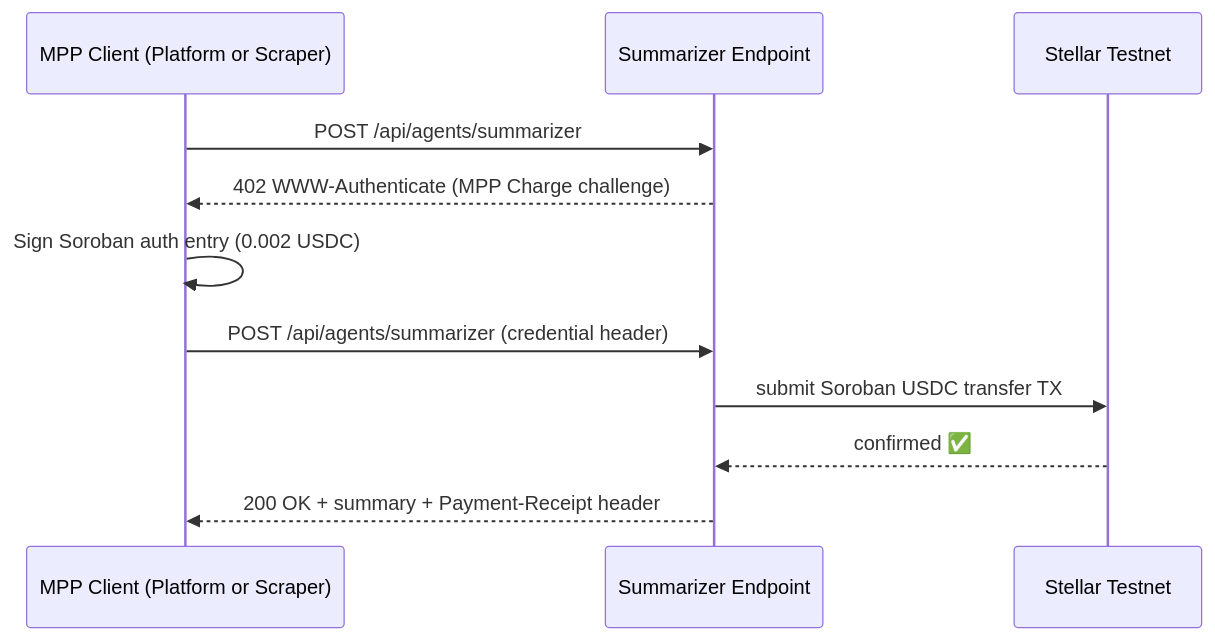
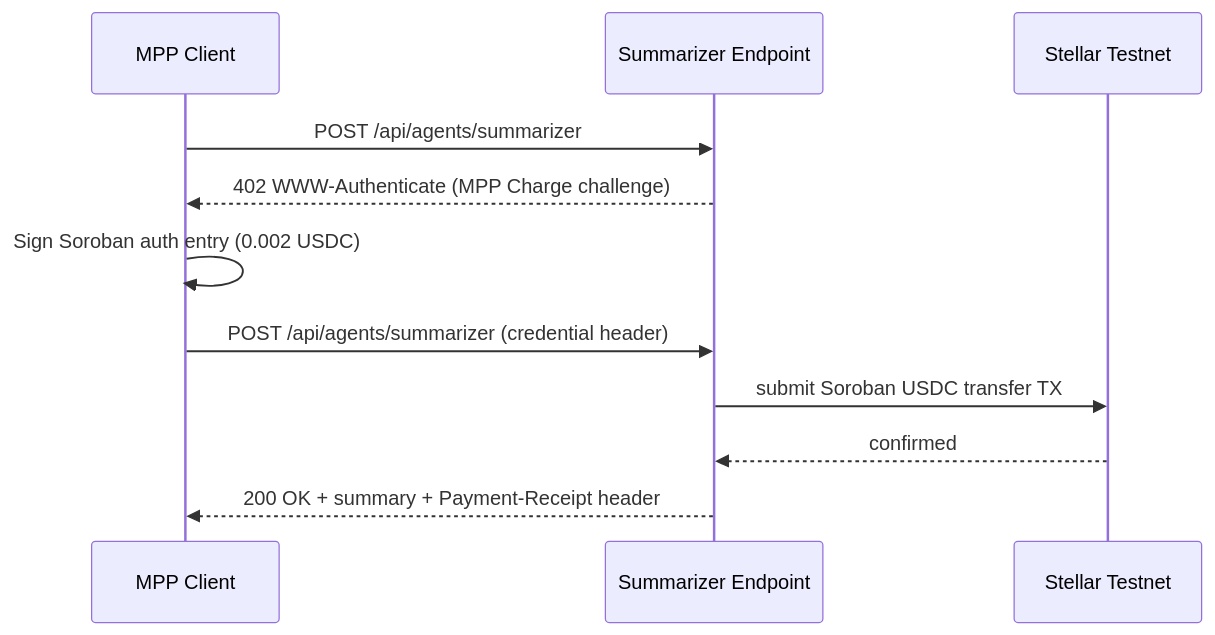
The third of 3 diagrams in README.md (HACK3R-CRYPTO/AgentForge), drawn with Mermaid before and after one commit. The commit also changed other lines of this file, not shown here.

````diff
--- a/README.md
+++ b/README.md
@@ -149,14 +116,14 @@
 ```mermaid
 sequenceDiagram
-    participant C as MPP Client (Platform or Scraper)
+    participant C as MPP Client
     participant S as Summarizer Endpoint
     participant T as Stellar Testnet
 
     C->>S: POST /api/agents/summarizer
     S-->>C: 402 WWW-Authenticate (MPP Charge challenge)
     C->>C: Sign Soroban auth entry (0.002 USDC)
     C->>S: POST /api/agents/summarizer (credential header)
     S->>T: submit Soroban USDC transfer TX
-    T-->>S: confirmed ✅
+    T-->>S: confirmed
     S-->>C: 200 OK + summary + Payment-Receipt header
 ```
````
